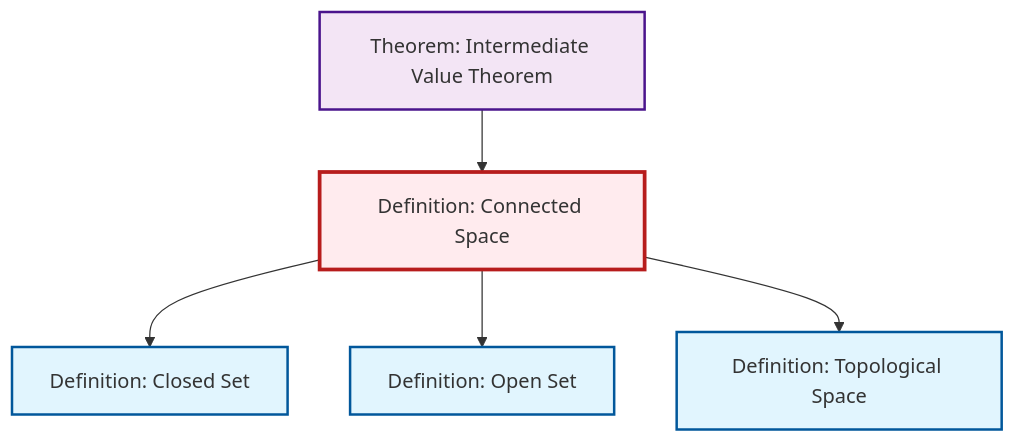
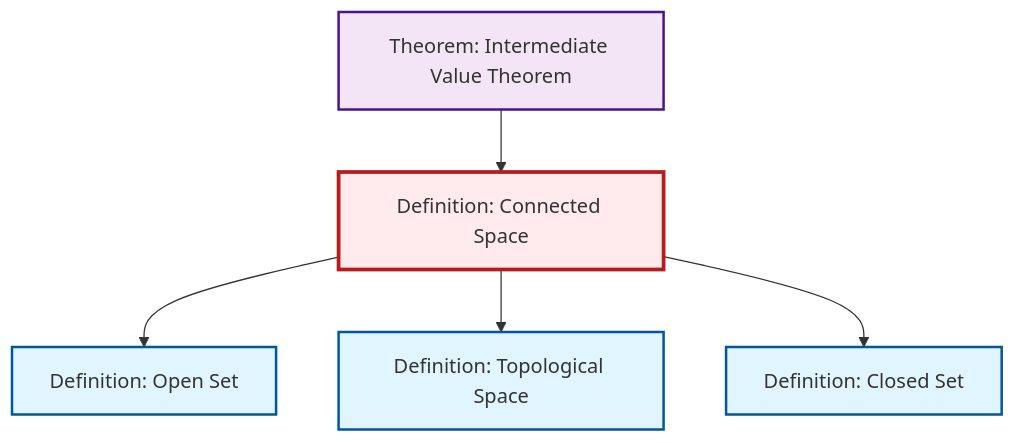
One commit to RK0429/ModernMath changed the diagram in content/en/topology/def-connected.qmd. Above: the diagram before and after it, drawn with Mermaid. The commit also changed 511 other files, not shown here.

````diff
--- a/content/en/topology/def-connected.qmd
+++ b/content/en/topology/def-connected.qmd
@@ -49,24 +49,19 @@
 ```{mermaid}
 %%| fig-cap: "Local dependency graph"
 graph TD
     classDef definition fill:#e1f5fe,stroke:#01579b,stroke-width:2px
     classDef theorem fill:#f3e5f5,stroke:#4a148c,stroke-width:2px
     classDef axiom fill:#fff3e0,stroke:#e65100,stroke-width:2px
     classDef example fill:#e8f5e9,stroke:#1b5e20,stroke-width:2px
     classDef current fill:#ffebee,stroke:#b71c1c,stroke-width:3px
     def-topological-space["Definition: Topological Space"]:::definition
-    def-closed-set["Definition: Closed Set"]:::definition
-    def-open-set["Definition: Open Set"]:::definition
     def-connected["Definition: Connected Space"]:::definition
     thm-intermediate-value["Theorem: Intermediate Value Theorem"]:::theorem
-    thm-intermediate-value --> def-connected
-    def-connected --> def-closed-set
+    def-open-set["Definition: Open Set"]:::definition
+    def-closed-set["Definition: Closed Set"]:::definition
     def-connected --> def-open-set
     def-connected --> def-topological-space
+    def-connected --> def-closed-set
+    thm-intermediate-value --> def-connected
     class def-connected current
-
-    click def-topological-space "def-topological-space.html" "Go to Topological Space definition"
-    click def-closed-set "def-closed-set.html" "Go to Closed Set definition"
-    click def-open-set "def-open-set.html" "Go to Open Set definition"
-    click thm-intermediate-value "thm-intermediate-value.html" "Go to Intermediate Value Theorem theorem"
 ```
````
